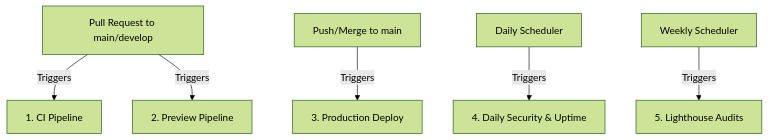
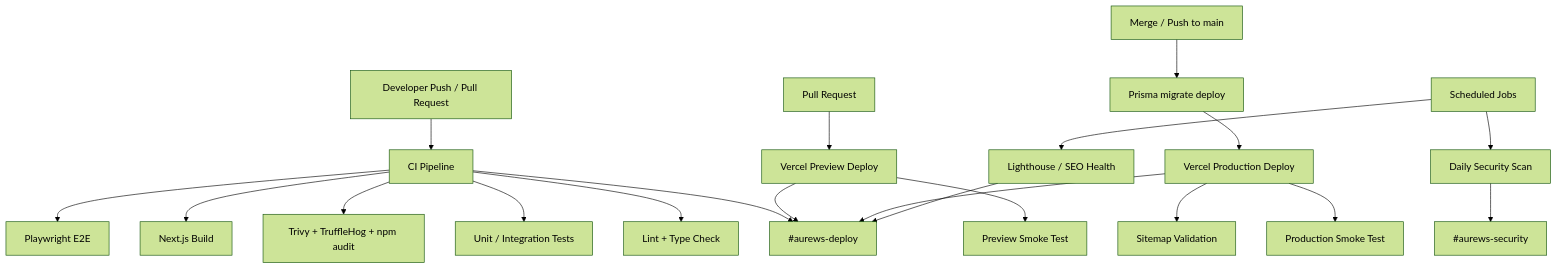
One commit to 23520904/aurews-seo changed the fourth of 4 diagrams in README.md. Above: the diagram before and after it, drawn with Mermaid (forest theme). The commit also changed other lines of this file, not shown here.

Commit message:
docs: overhaul README to make DevOps pipeline and setup steps highly visual, concise, and clean

````diff
--- a/README.md
+++ b/README.md
@@ -218,8 +206,26 @@
 ```mermaid
-graph TD
-    PR[Pull Request to main/develop] -->|Triggers| CI[1. CI Pipeline]
-    PR -->|Triggers| Preview[2. Preview Pipeline]
-    Merge[Push/Merge to main] -->|Triggers| Deploy[3. Production Deploy]
-    Cron[Daily Scheduler] -->|Triggers| Security[4. Daily Security & Uptime]
-    Weekly[Weekly Scheduler] -->|Triggers| LH[5. Lighthouse Audits]
+flowchart TD
+  DEV[Developer Push / Pull Request] --> CI[CI Pipeline]
+  CI --> VALIDATE[Lint + Type Check]
+  CI --> TEST[Unit / Integration Tests]
+  CI --> SECURITY[Trivy + TruffleHog + npm audit]
+  CI --> BUILD[Next.js Build]
+  CI --> E2E[Playwright E2E]
+
+  PR[Pull Request] --> PREVIEW[Vercel Preview Deploy]
+  PREVIEW --> PREVIEW_SMOKE[Preview Smoke Test]
+
+  MAIN[Merge / Push to main] --> MIGRATE[Prisma migrate deploy]
+  MIGRATE --> PROD[Vercel Production Deploy]
+  PROD --> SMOKE[Production Smoke Test]
+  PROD --> SITEMAP[Sitemap Validation]
+
+  CRON[Scheduled Jobs] --> DAILY[Daily Security Scan]
+  CRON --> LH[Lighthouse / SEO Health]
+
+  CI --> DISCORD_DEPLOY[#aurews-deploy]
+  PREVIEW --> DISCORD_DEPLOY
+  PROD --> DISCORD_DEPLOY
+  LH --> DISCORD_DEPLOY
+  DAILY --> DISCORD_SECURITY[#aurews-security]
 ```
````
